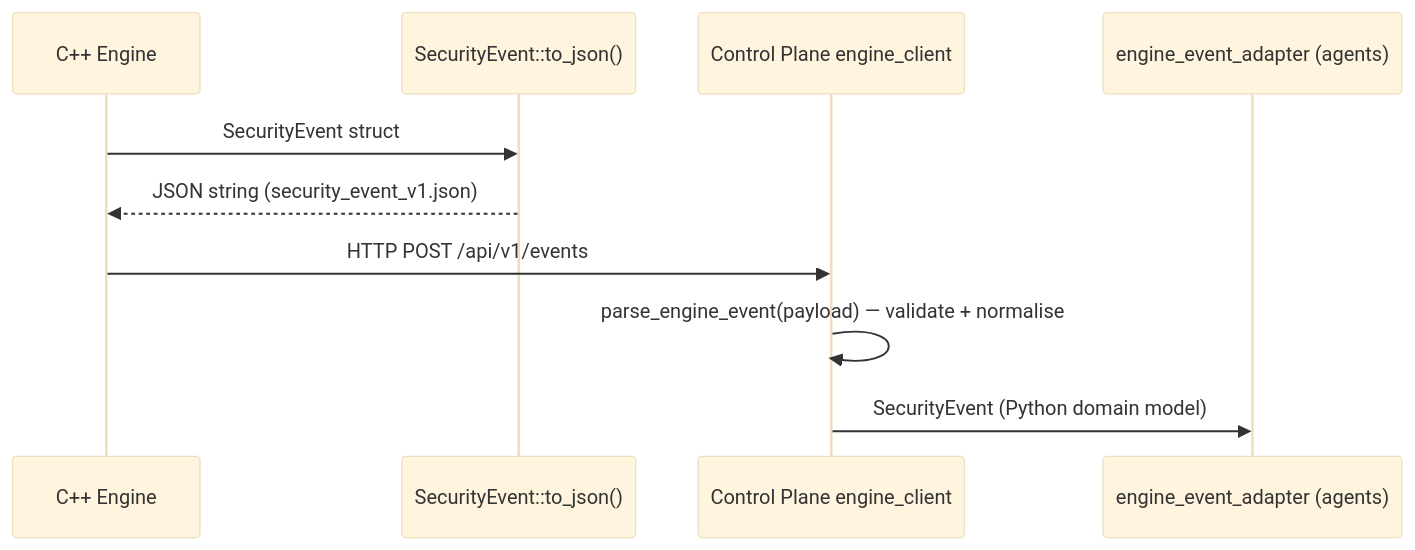
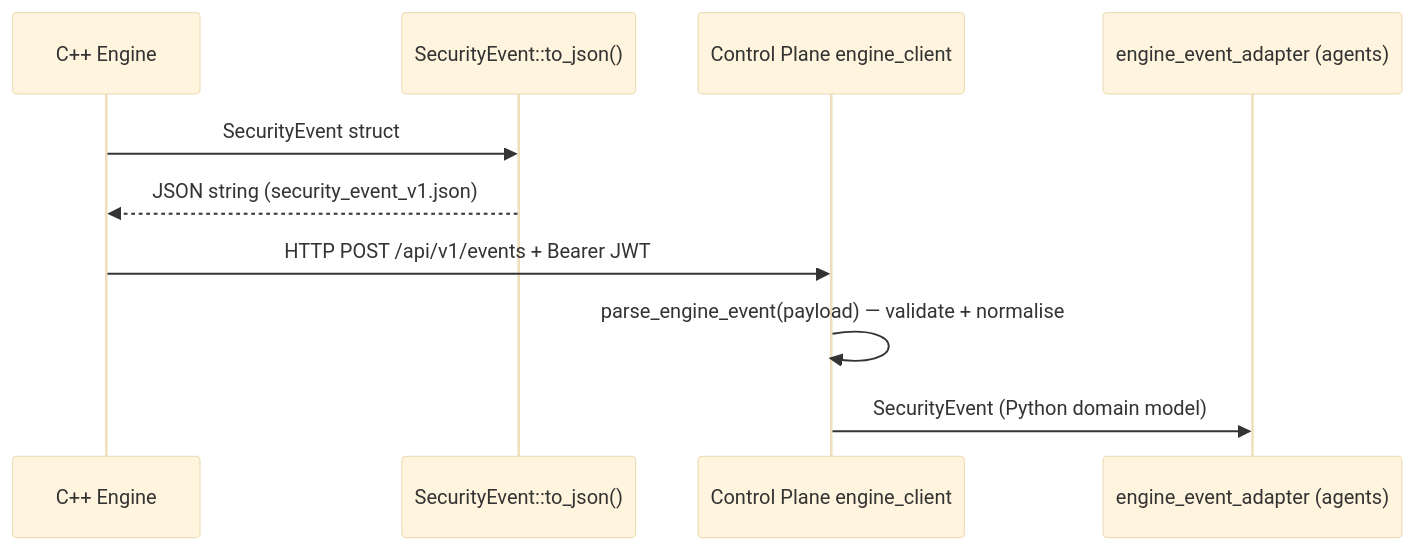
The third of 3 diagrams in docs/engine/ids-engine.md (AlliedEdge/intriqo), drawn with Mermaid (base theme) before and after one commit. The commit also changed other lines of this file and 1 other file, not shown here.

````diff
--- a/docs/engine/ids-engine.md
+++ b/docs/engine/ids-engine.md
@@ -304,13 +304,13 @@
 ```mermaid
 sequenceDiagram
     participant E as C++ Engine
     participant J as SecurityEvent::to_json()
     participant CP as Control Plane engine_client
     participant A as engine_event_adapter (agents)
 
     E->>J: SecurityEvent struct
     J-->>E: JSON string (security_event_v1.json)
-    E->>CP: HTTP POST /api/v1/events
+    E->>CP: HTTP POST /api/v1/events + Bearer JWT
     CP->>CP: parse_engine_event(payload) — validate + normalise
     CP->>A: SecurityEvent (Python domain model)
 ```
````
